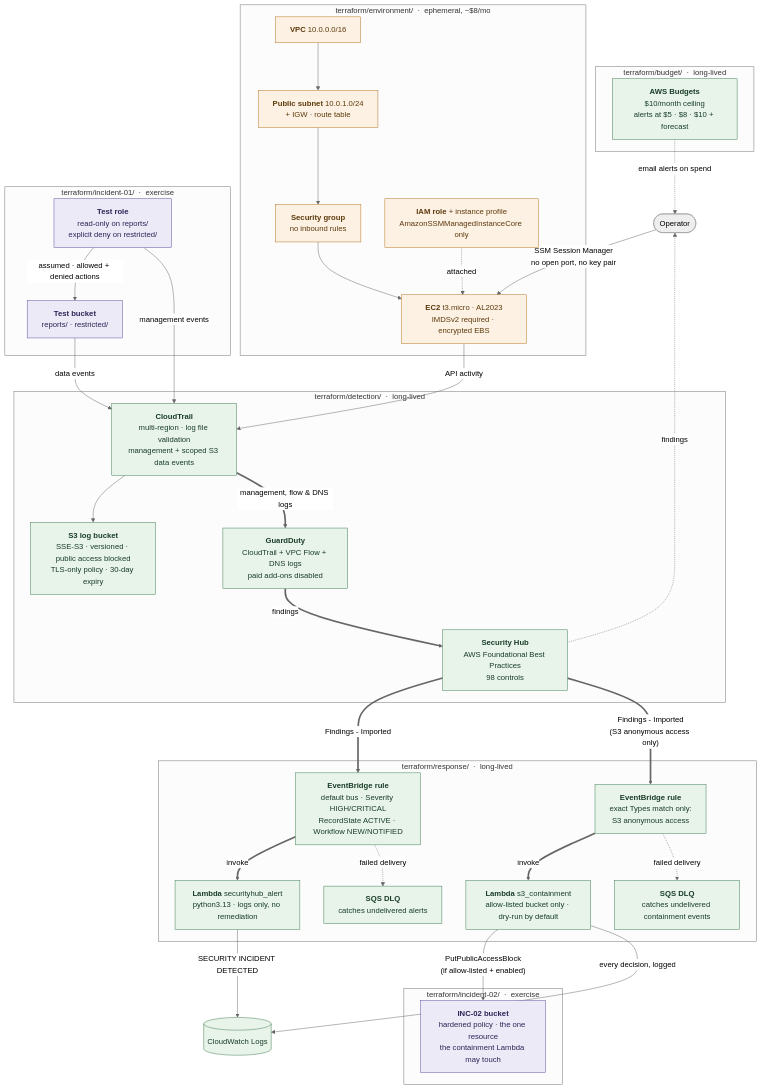
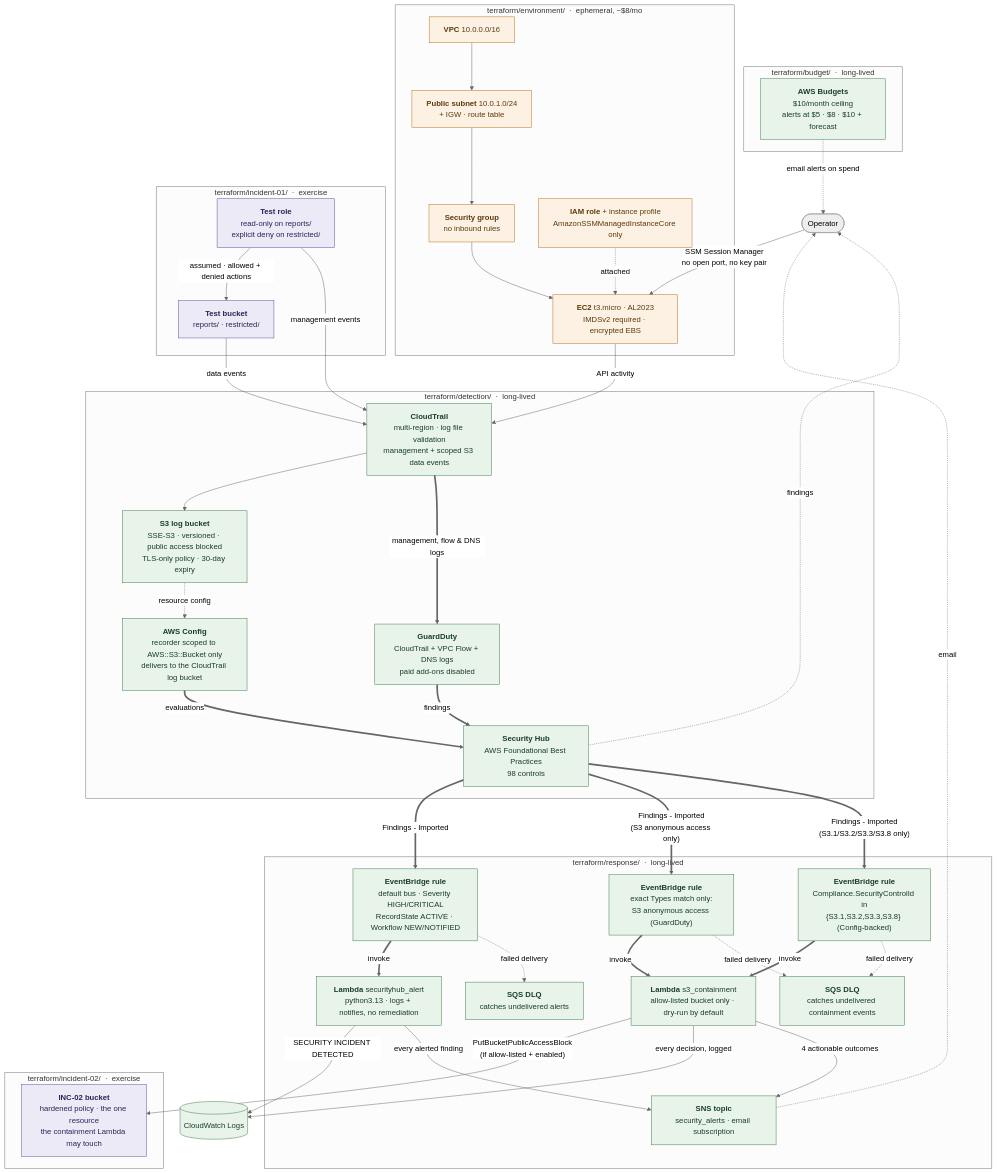
One commit to Mig1a/aws-cloud-security-lab changed the second of 2 diagrams in README.md. Above: the diagram before and after it, drawn with Mermaid (neutral theme). The commit also changed other lines of this file and 24 other files, not shown here.

First line of the commit message:
Extend containment to Config-backed S3 controls, add SNS notifications, and rewrite Incident 3

````diff
--- a/README.md
+++ b/README.md
@@ -178,71 +186,82 @@
 ```mermaid
 flowchart TB
     subgraph budget["terraform/budget/ &nbsp;·&nbsp; long-lived"]
         BUD["<b>AWS Budgets</b><br/>$10/month ceiling<br/>alerts at $5 · $8 · $10 + forecast"]
     end
 
     subgraph detection["terraform/detection/ &nbsp;·&nbsp; long-lived"]
         CT["<b>CloudTrail</b><br/>multi-region · log file validation<br/>management + scoped S3 data events"]
         S3L["<b>S3 log bucket</b><br/>SSE-S3 · versioned · public access blocked<br/>TLS-only policy · 30-day expiry"]
         GD["<b>GuardDuty</b><br/>CloudTrail + VPC Flow + DNS logs<br/>paid add-ons disabled"]
+        CFG["<b>AWS Config</b><br/>recorder scoped to AWS::S3::Bucket only<br/>delivers to the CloudTrail log bucket"]
         SH["<b>Security Hub</b><br/>AWS Foundational Best Practices<br/>98 controls"]
     end
 
     subgraph response["terraform/response/ &nbsp;·&nbsp; long-lived"]
         EB["<b>EventBridge rule</b><br/>default bus · Severity HIGH/CRITICAL<br/>RecordState ACTIVE · Workflow NEW/NOTIFIED"]
-        LAM["<b>Lambda</b> securityhub_alert<br/>python3.13 · logs only, no remediation"]
+        LAM["<b>Lambda</b> securityhub_alert<br/>python3.13 · logs + notifies, no remediation"]
         DLQ["<b>SQS DLQ</b><br/>catches undelivered alerts"]
-        EB2["<b>EventBridge rule</b><br/>exact Types match only:<br/>S3 anonymous access"]
+        EB2["<b>EventBridge rule</b><br/>exact Types match only:<br/>S3 anonymous access (GuardDuty)"]
+        EB3["<b>EventBridge rule</b><br/>Compliance.SecurityControlId in<br/>{S3.1,S3.2,S3.3,S3.8} (Config-backed)"]
         CLAM["<b>Lambda</b> s3_containment<br/>allow-listed bucket only · dry-run by default"]
         CDLQ["<b>SQS DLQ</b><br/>catches undelivered containment events"]
+        SNS["<b>SNS topic</b><br/>security_alerts · email subscription"]
     end
 
     subgraph env["terraform/environment/ &nbsp;·&nbsp; ephemeral, ~$8/mo"]
         VPC["<b>VPC</b> 10.0.0.0/16"]
         SUB["<b>Public subnet</b> 10.0.1.0/24<br/>+ IGW · route table"]
         SG["<b>Security group</b><br/>no inbound rules"]
         EC2["<b>EC2</b> t3.micro · AL2023<br/>IMDSv2 required · encrypted EBS"]
         ROLE["<b>IAM role</b> + instance profile<br/>AmazonSSMManagedInstanceCore only"]
     end
 
     subgraph inc["terraform/incident-01/ &nbsp;·&nbsp; exercise"]
         TROLE["<b>Test role</b><br/>read-only on reports/<br/>explicit deny on restricted/"]
         TB["<b>Test bucket</b><br/>reports/ · restricted/"]
     end
 
     subgraph inc2["terraform/incident-02/ &nbsp;·&nbsp; exercise"]
         INC2B["<b>INC-02 bucket</b><br/>hardened policy · the one resource<br/>the containment Lambda may touch"]
     end
 
     OP(["Operator"]) -->|"SSM Session Manager<br/>no open port, no key pair"| EC2
     VPC --> SUB --> SG --> EC2
     ROLE -.attached.-> EC2
 
     EC2 -->|API activity| CT
     TROLE -->|"assumed · allowed + denied actions"| TB
     TB -->|data events| CT
     TROLE -->|management events| CT
 
     CT --> S3L
     CT ==>|"management, flow & DNS logs"| GD
     GD ==>|findings| SH
+    S3L -.->|"resource config"| CFG
+    CFG ==>|"evaluations"| SH
     SH ==>|"Findings - Imported"| EB
     EB ==>|invoke| LAM
     EB -.->|"failed delivery"| DLQ
     LAM -->|"SECURITY INCIDENT DETECTED"| CWL[("CloudWatch Logs")]
+    LAM -->|"every alerted finding"| SNS
     SH ==>|"Findings - Imported<br/>(S3 anonymous access only)"| EB2
+    SH ==>|"Findings - Imported<br/>(S3.1/S3.2/S3.3/S3.8 only)"| EB3
     EB2 ==>|invoke| CLAM
+    EB3 ==>|invoke| CLAM
     EB2 -.->|"failed delivery"| CDLQ
-    CLAM -->|"PutPublicAccessBlock<br/>(if allow-listed + enabled)"| INC2B
+    EB3 -.->|"failed delivery"| CDLQ
+    CLAM -->|"PutBucketPublicAccessBlock<br/>(if allow-listed + enabled)"| INC2B
     CLAM -->|"every decision, logged"| CWL
+    CLAM -->|"4 actionable outcomes"| SNS
+    SNS -.->|"email"| OP
 
     BUD -.->|"email alerts on spend"| OP
     SH -.->|findings| OP
 
     classDef longlived fill:#e8f4ea,stroke:#3d7a4f,color:#1a3d28
     classDef ephemeral fill:#fdf1e3,stroke:#b5711f,color:#5c3a0c
     classDef exercise fill:#eceaf7,stroke:#5b4b9e,color:#2c2456
-    class BUD,CT,S3L,GD,SH,EB,LAM,DLQ,EB2,CLAM,CDLQ,CWL longlived
+    class BUD,CT,S3L,GD,CFG,SH,EB,LAM,DLQ,EB2,EB3,CLAM,CDLQ,CWL,SNS longlived
     class VPC,SUB,SG,EC2,ROLE ephemeral
     class TROLE,TB,INC2B exercise
 ```
````
